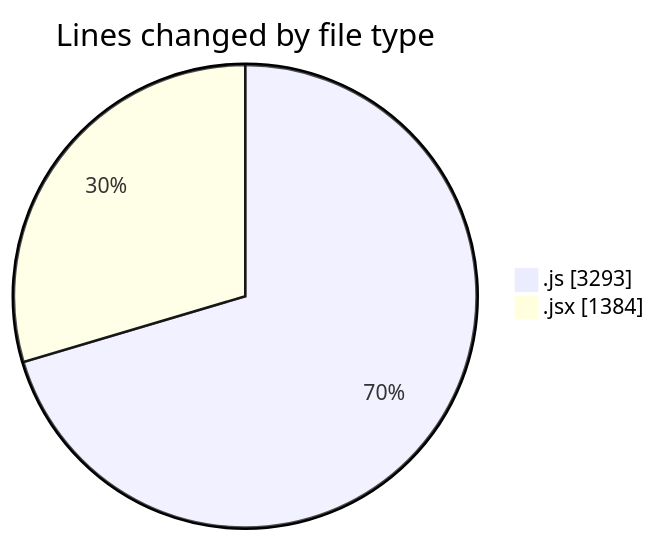
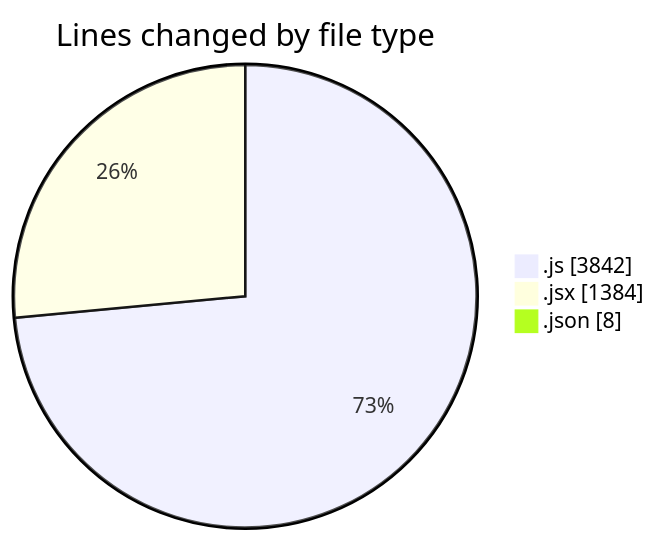
One commit to nxtqubesakshisongat/code-tracking changed the first of 2 diagrams in 2025-07-23/nxtqube_webapp/README.md. Above: the diagram before and after it, drawn with Mermaid. The commit also changed other lines of this file and 1 other file, not shown here.

````diff
--- a/2025-07-23/nxtqube_webapp/README.md
+++ b/2025-07-23/nxtqube_webapp/README.md
@@ -42,6 +45,7 @@
 ```mermaid
 pie showData
 title Lines changed by file type
-".js" : 3293
+".js" : 3842
 ".jsx" : 1384
+".json" : 8
 ```
````
